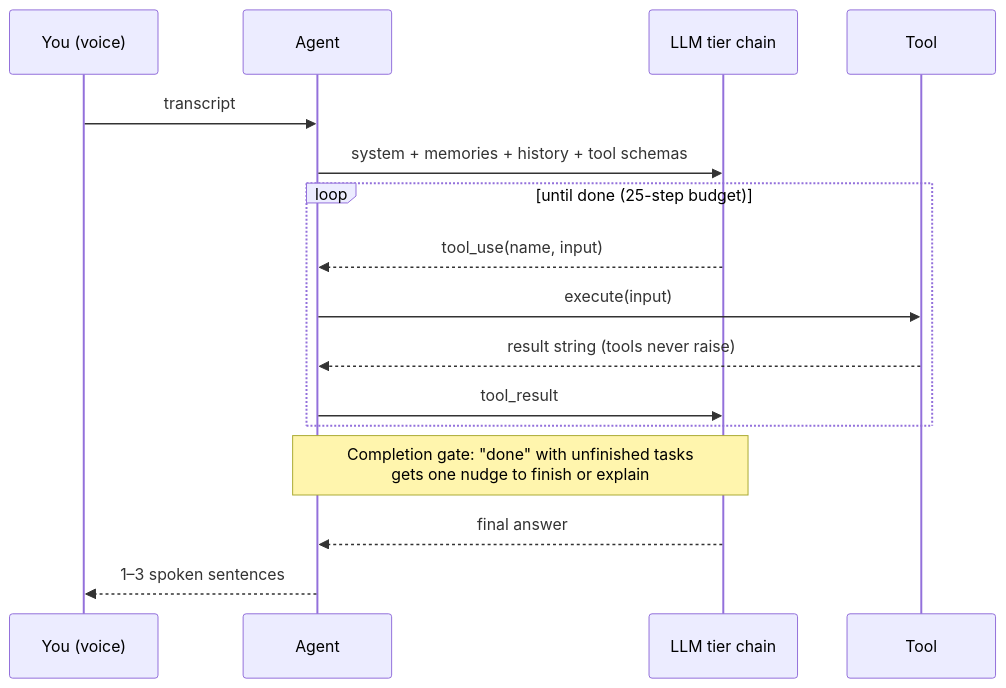
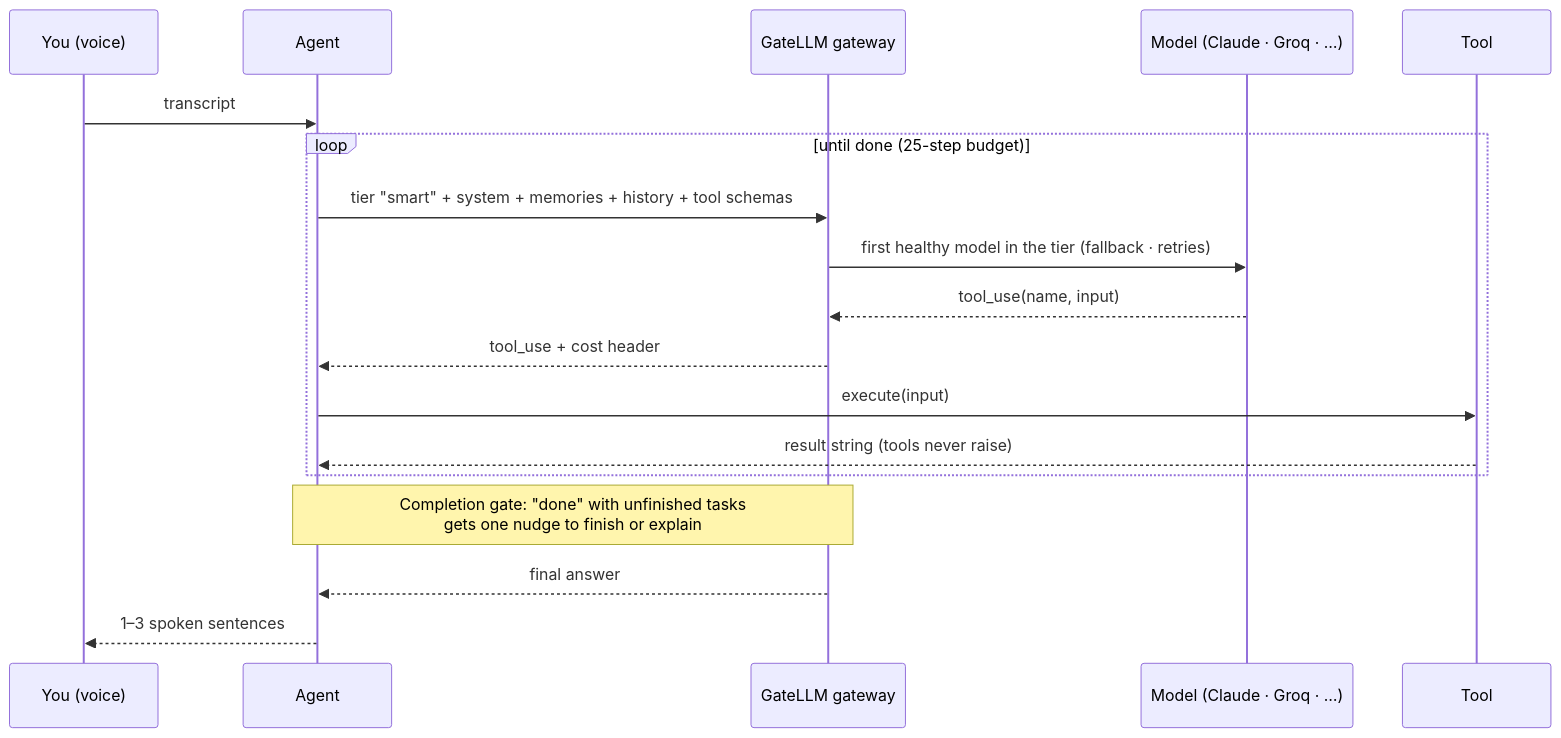
One commit to Bhanu1299/Aria changed the third of 7 diagrams in README.md. Above: the diagram before and after it, drawn with Mermaid. The commit also changed other lines of this file and 2 other files, not shown here.

First line of the commit message:
docs: show the dispatcher and GateLLM gateway in every diagram

````diff
--- a/README.md
+++ b/README.md
@@ -97,19 +123,21 @@
 ```mermaid
 sequenceDiagram
     participant U as You (voice)
     participant A as Agent
-    participant L as LLM tier chain
+    participant G as GateLLM gateway
+    participant M as Model (Claude · Groq · …)
     participant T as Tool
 
     U->>A: transcript
-    A->>L: system + memories + history + tool schemas
     loop until done (25-step budget)
-        L-->>A: tool_use(name, input)
+        A->>G: tier "smart" + system + memories + history + tool schemas
+        G->>M: first healthy model in the tier (fallback · retries)
+        M-->>G: tool_use(name, input)
+        G-->>A: tool_use + cost header
         A->>T: execute(input)
         T-->>A: result string (tools never raise)
-        A->>L: tool_result
     end
-    Note over A,L: Completion gate: "done" with unfinished tasks<br/>gets one nudge to finish or explain
-    L-->>A: final answer
+    Note over A,G: Completion gate: "done" with unfinished tasks<br/>gets one nudge to finish or explain
+    G-->>A: final answer
     A-->>U: 1–3 spoken sentences
 ```
````
